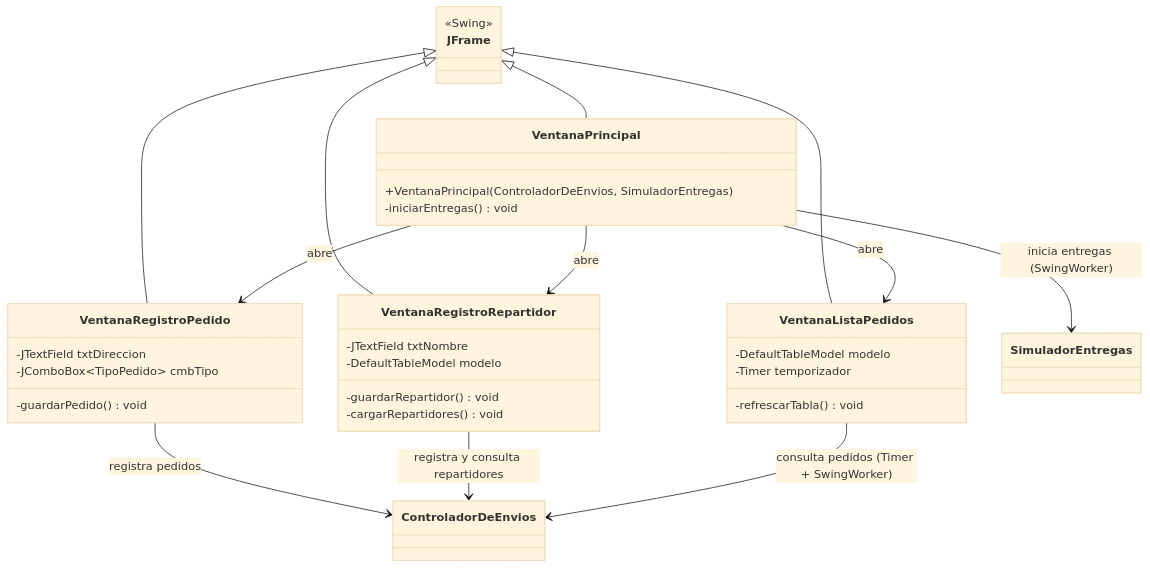
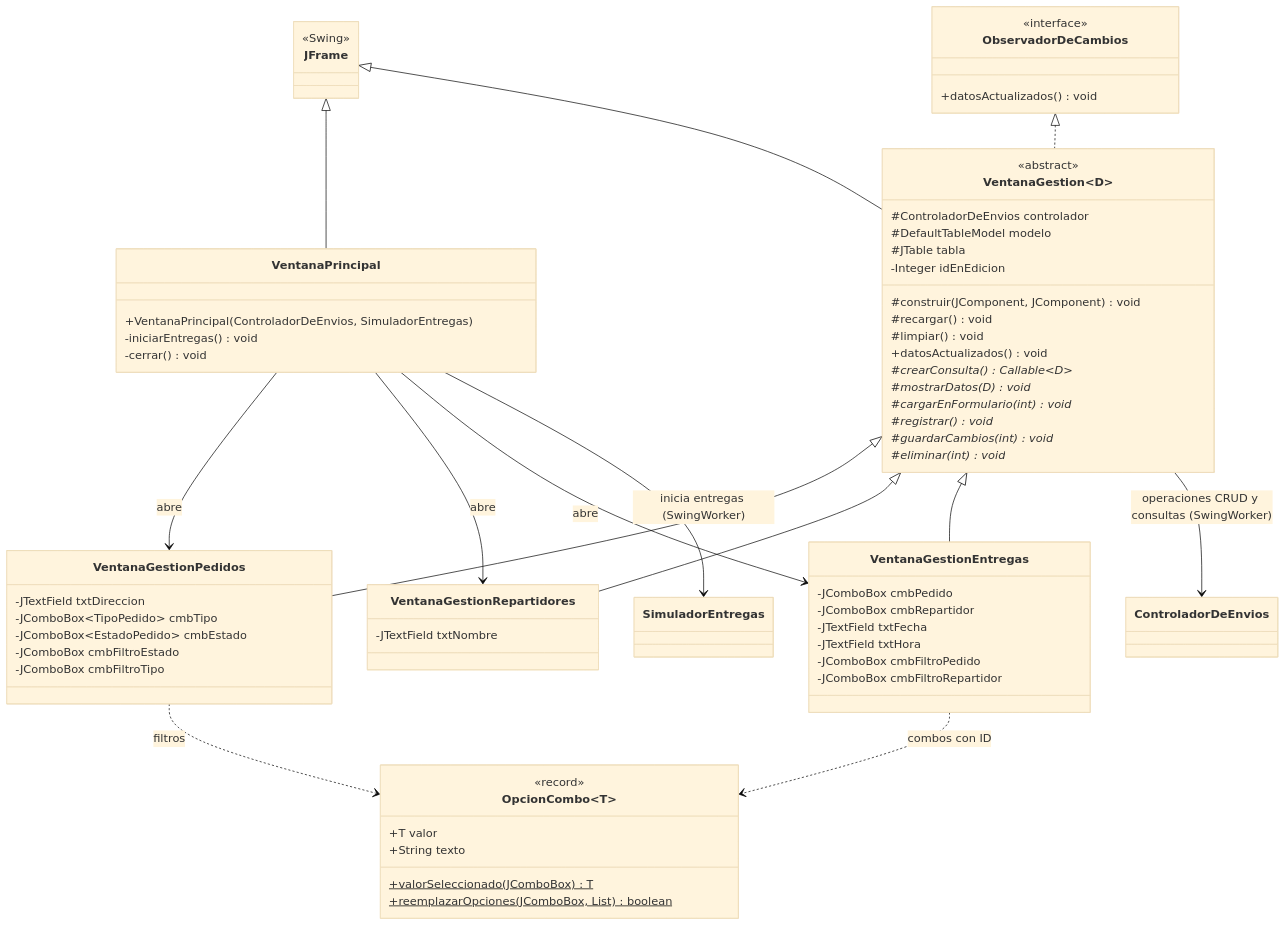
One commit to sara-rioseco/speedfast changed the second of 4 diagrams in README.md. Above: the diagram before and after it, drawn with Mermaid (base theme). The commit also changed other lines of this file and 29 other files, not shown here.

````diff
--- a/README.md
+++ b/README.md
@@ -276,38 +302,71 @@
 ```mermaid
 classDiagram
     class JFrame {
         <<Swing>>
     }
+    class ObservadorDeCambios {
+        <<interface>>
+        +datosActualizados() void
+    }
     class VentanaPrincipal {
         +VentanaPrincipal(ControladorDeEnvios, SimuladorEntregas)
         -iniciarEntregas() void
+        -cerrar() void
     }
-    class VentanaRegistroPedido {
+    class VentanaGestion~D~ {
+        <<abstract>>
+        #ControladorDeEnvios controlador
+        #DefaultTableModel modelo
+        #JTable tabla
+        -Integer idEnEdicion
+        #construir(JComponent, JComponent) void
+        #recargar() void
+        #limpiar() void
+        +datosActualizados() void
+        #crearConsulta()* Callable~D~
+        #mostrarDatos(D)* void
+        #cargarEnFormulario(int)* void
+        #registrar()* void
+        #guardarCambios(int)* void
+        #eliminar(int)* void
+    }
+    class VentanaGestionPedidos {
         -JTextField txtDireccion
         -JComboBox~TipoPedido~ cmbTipo
-        -guardarPedido() void
+        -JComboBox~EstadoPedido~ cmbEstado
+        -JComboBox cmbFiltroEstado
+        -JComboBox cmbFiltroTipo
     }
-    class VentanaRegistroRepartidor {
+    class VentanaGestionRepartidores {
         -JTextField txtNombre
-        -DefaultTableModel modelo
-        -guardarRepartidor() void
-        -cargarRepartidores() void
     }
-    class VentanaListaPedidos {
-        -DefaultTableModel modelo
-        -Timer temporizador
-        -refrescarTabla() void
+    class VentanaGestionEntregas {
+        -JComboBox cmbPedido
+        -JComboBox cmbRepartidor
+        -JTextField txtFecha
+        -JTextField txtHora
+        -JComboBox cmbFiltroPedido
+        -JComboBox cmbFiltroRepartidor
+    }
+    class OpcionCombo~T~ {
+        <<record>>
+        +T valor
+        +String texto
+        +valorSeleccionado(JComboBox)$ T
+        +reemplazarOpciones(JComboBox, List)$ boolean
     }
 
     JFrame <|-- VentanaPrincipal
-    JFrame <|-- VentanaRegistroPedido
-    JFrame <|-- VentanaRegistroRepartidor
-    JFrame <|-- VentanaListaPedidos
-    VentanaPrincipal --> VentanaRegistroPedido : abre
-    VentanaPrincipal --> VentanaRegistroRepartidor : abre
-    VentanaPrincipal --> VentanaListaPedidos : abre
+    JFrame <|-- VentanaGestion
+    ObservadorDeCambios <|.. VentanaGestion
+    VentanaGestion <|-- VentanaGestionPedidos
+    VentanaGestion <|-- VentanaGestionRepartidores
+    VentanaGestion <|-- VentanaGestionEntregas
+    VentanaPrincipal --> VentanaGestionPedidos : abre
+    VentanaPrincipal --> VentanaGestionRepartidores : abre
+    VentanaPrincipal --> VentanaGestionEntregas : abre
     VentanaPrincipal --> SimuladorEntregas : inicia entregas (SwingWorker)
-    VentanaRegistroPedido --> ControladorDeEnvios : registra pedidos
-    VentanaRegistroRepartidor --> ControladorDeEnvios : registra y consulta repartidores
-    VentanaListaPedidos --> ControladorDeEnvios : consulta pedidos (Timer + SwingWorker)
+    VentanaGestion --> ControladorDeEnvios : operaciones CRUD y consultas (SwingWorker)
+    VentanaGestionPedidos ..> OpcionCombo : filtros
+    VentanaGestionEntregas ..> OpcionCombo : combos con ID
 ```
````
